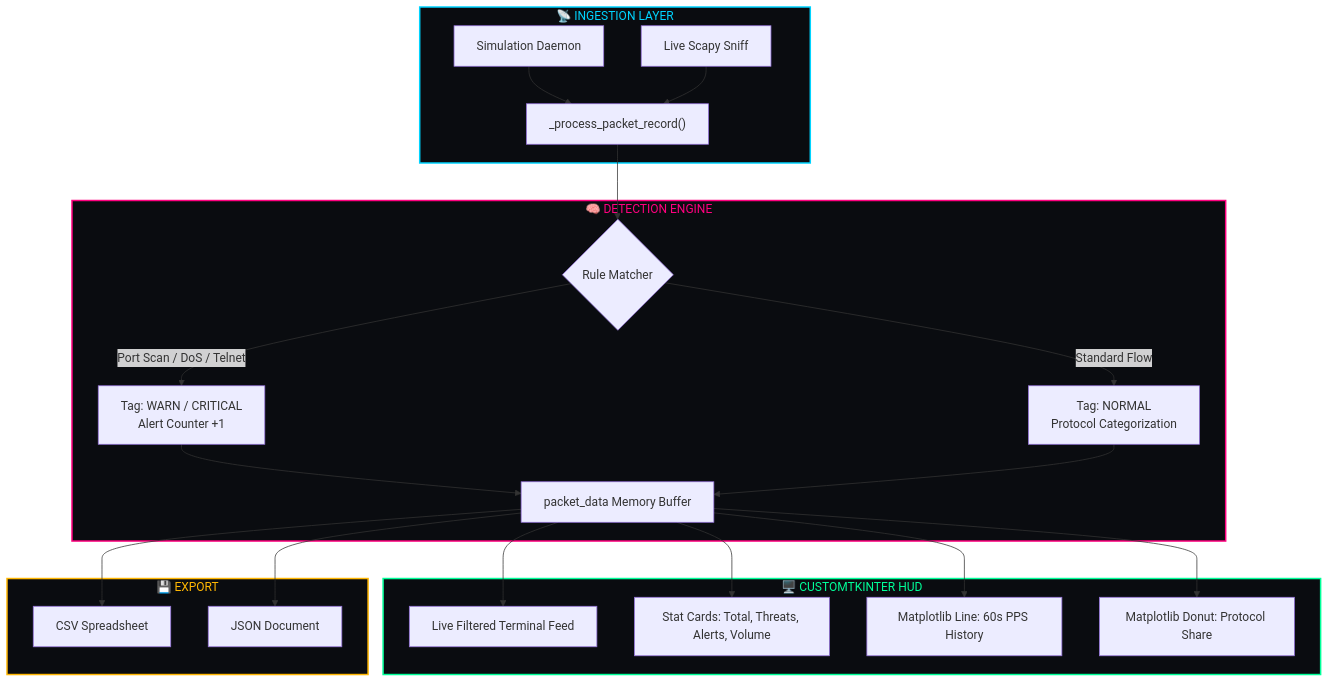
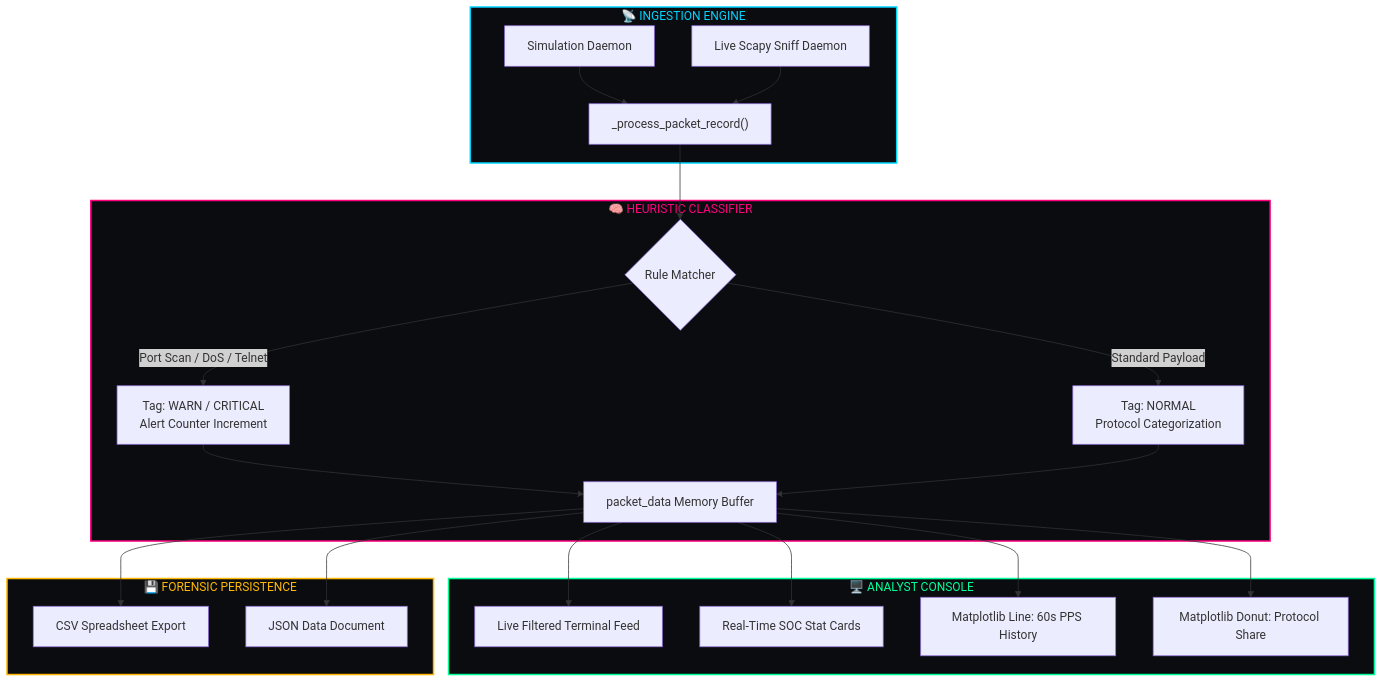
One commit to PriyanshuPundir01/CyberSentinal changed the third of 3 diagrams in README.md. Above: the diagram before and after it, drawn with Mermaid. The commit also changed other lines of this file and 2 other files, not shown here.

````diff
--- a/README.md
+++ b/README.md
@@ -109,31 +112,31 @@
 ```mermaid
 flowchart TD
-    subgraph Ingestion ["📡 INGESTION LAYER"]
+    subgraph Ingestion ["📡 INGESTION ENGINE"]
         A1["Simulation Daemon"] --> B["_process_packet_record()"]
-        A2["Live Scapy Sniff"] --> B
+        A2["Live Scapy Sniff Daemon"] --> B
     end
 
-    subgraph Heuristics ["🧠 DETECTION ENGINE"]
+    subgraph Classifier ["🧠 HEURISTIC CLASSIFIER"]
         B --> C{"Rule Matcher"}
-        C -->|Port Scan / DoS / Telnet| D1["Tag: WARN / CRITICAL\nAlert Counter +1"]
-        C -->|Standard Flow| D2["Tag: NORMAL\nProtocol Categorization"]
+        C -->|Port Scan / DoS / Telnet| D1["Tag: WARN / CRITICAL\nAlert Counter Increment"]
+        C -->|Standard Payload| D2["Tag: NORMAL\nProtocol Categorization"]
         D1 & D2 --> E["packet_data Memory Buffer"]
     end
 
-    subgraph Interface ["🖥️ CUSTOMTKINTER HUD"]
+    subgraph Presentation ["🖥️ ANALYST CONSOLE"]
         E --> F["Live Filtered Terminal Feed"]
-        E --> G["Stat Cards: Total, Threats, Alerts, Volume"]
+        E --> G["Real-Time SOC Stat Cards"]
         E --> H1["Matplotlib Line: 60s PPS History"]
         E --> H2["Matplotlib Donut: Protocol Share"]
     end
 
-    subgraph Storage ["💾 EXPORT"]
-        E --> I1["CSV Spreadsheet"]
-        E --> I2["JSON Document"]
+    subgraph Export ["💾 FORENSIC PERSISTENCE"]
+        E --> I1["CSV Spreadsheet Export"]
+        E --> I2["JSON Data Document"]
     end
 
     style Ingestion fill:#0a0c10,stroke:#00d4ff,stroke-width:2px,color:#00d4ff
-    style Heuristics fill:#0a0c10,stroke:#ff007f,stroke-width:2px,color:#ff007f
-    style Interface fill:#0a0c10,stroke:#00ff99,stroke-width:2px,color:#00ff99
-    style Storage fill:#0a0c10,stroke:#ffb703,stroke-width:2px,color:#ffb703
+    style Classifier fill:#0a0c10,stroke:#ff007f,stroke-width:2px,color:#ff007f
+    style Presentation fill:#0a0c10,stroke:#00ff99,stroke-width:2px,color:#00ff99
+    style Export fill:#0a0c10,stroke:#ffb703,stroke-width:2px,color:#ffb703
 ```
````
